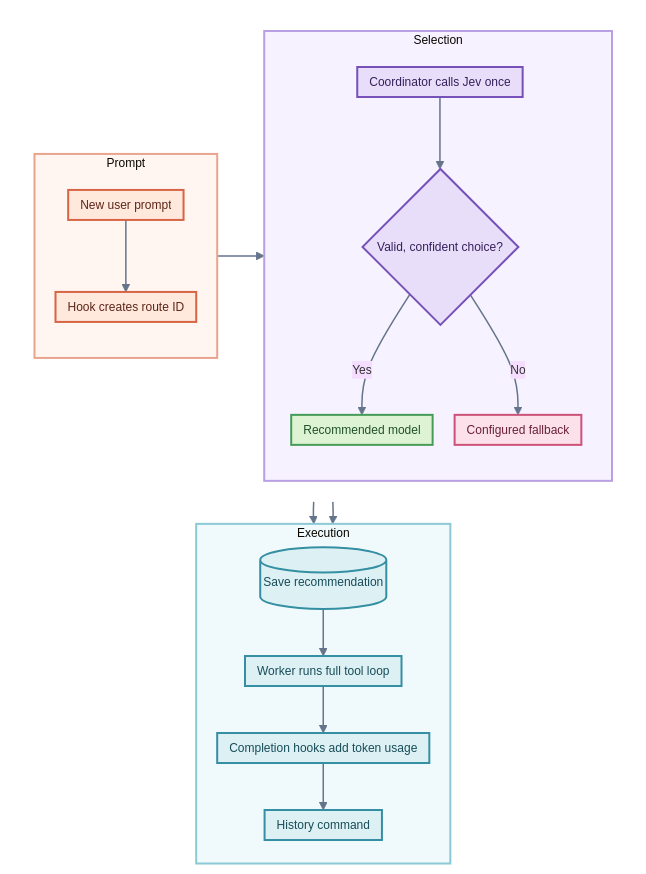
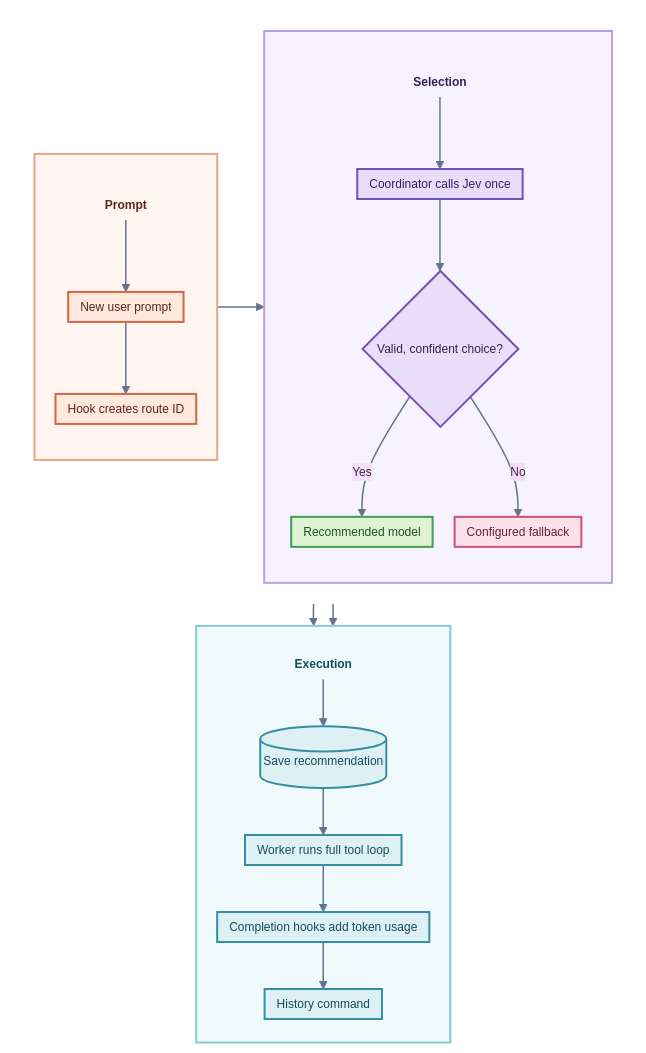
Before and after one commit to mehmet-akpolat/jev-llm-router: the diagram in README.md, drawn with Mermaid. The commit also changed other lines of this file, not shown here.

Commit message:
small visual enhancement for README

```diff
--- a/README.md
+++ b/README.md
@@ -27,48 +27,57 @@
 ~~~mermaid
 %%{init: {"theme": "base", "themeVariables": {"fontSize": "12px"}, "flowchart": {"nodeSpacing": 22, "rankSpacing": 22, "padding": 6, "diagramPadding": 4}}}%%
 flowchart TB
     subgraph Upper[" "]
         direction LR
 
-        subgraph Prompt
+        subgraph Prompt[" "]
             direction TB
+            P0["Prompt"] --> A
             A[New user prompt] --> B[Hook creates route ID]
         end
 
-        subgraph Selection
+        subgraph Selection[" "]
             direction TB
+            S0["Selection"] --> C
             C[Coordinator calls Jev once] --> D{Valid, confident choice?}
             D -- Yes --> E[Recommended model]
             D -- No --> F[Configured fallback]
         end
     end
 
-    subgraph Execution
+    subgraph Execution[" "]
         direction TB
+        X0["Execution"] --> G
         G[(Save recommendation)] --> H[Worker runs full tool loop]
         H --> I[Completion hooks add token usage]
         I --> J[History command]
     end
 
-    B --> C
-    E --> G
-    F --> G
+    B --> S0
+    E --> X0
+    F --> X0
 
     classDef prompt fill:#FFE8DC,stroke:#D76545,color:#5C2618,stroke-width:2px
     classDef selection fill:#E8DEFA,stroke:#7651B8,color:#35205A,stroke-width:2px
     classDef recommended fill:#DDF3D4,stroke:#469B58,color:#20512A,stroke-width:2px
     classDef fallback fill:#FCE0EA,stroke:#CC5278,color:#682139,stroke-width:2px
     classDef execution fill:#DDF1F5,stroke:#358FA3,color:#174C58,stroke-width:2px
+    classDef promptHeader fill:transparent,stroke:transparent,color:#5C2618,font-weight:bold
+    classDef selectionHeader fill:transparent,stroke:transparent,color:#35205A,font-weight:bold
+    classDef executionHeader fill:transparent,stroke:transparent,color:#174C58,font-weight:bold
 
     class A,B prompt
     class C,D selection
     class E recommended
     class F fallback
     class G,H,I,J execution
+    class P0 promptHeader
+    class S0 selectionHeader
+    class X0 executionHeader
 
     style Upper fill:transparent,stroke:transparent
     style Prompt fill:#FFF6F1,stroke:#E9A48E,stroke-width:2px
     style Selection fill:#F7F2FF,stroke:#B8A0E2,stroke-width:2px
     style Execution fill:#F0FAFC,stroke:#8BC9D5,stroke-width:2px
     linkStyle default stroke:#64748B,stroke-width:1.5px
 ~~~
```
